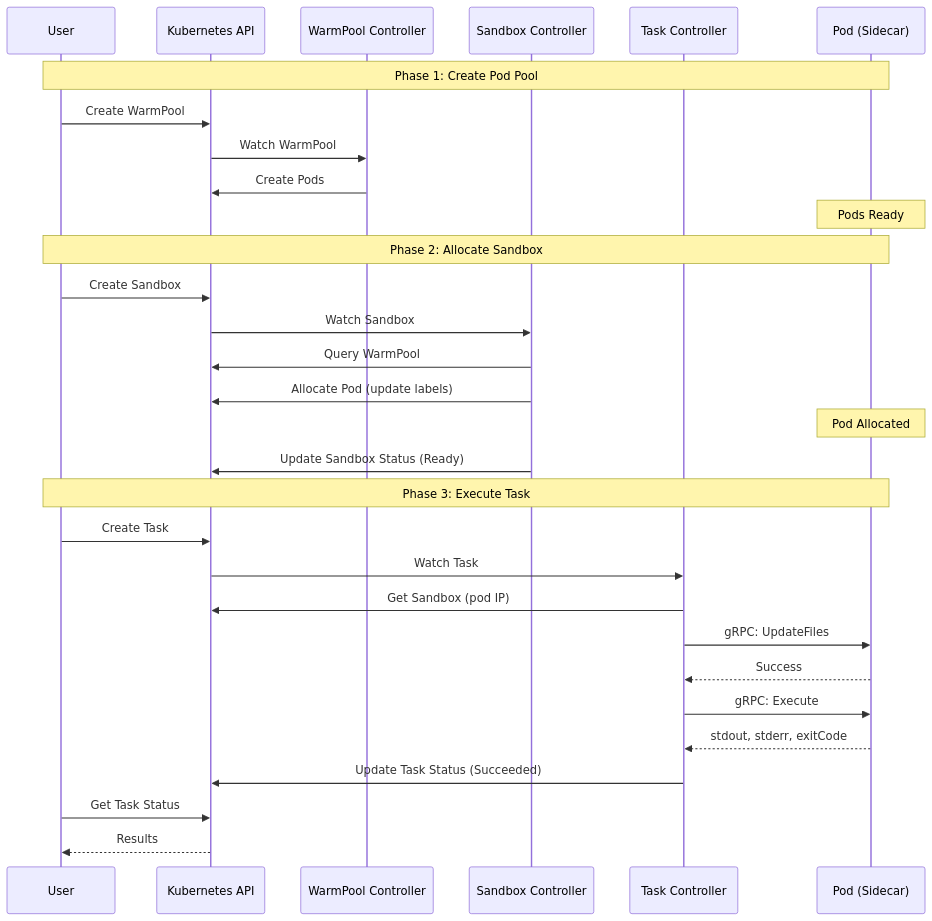
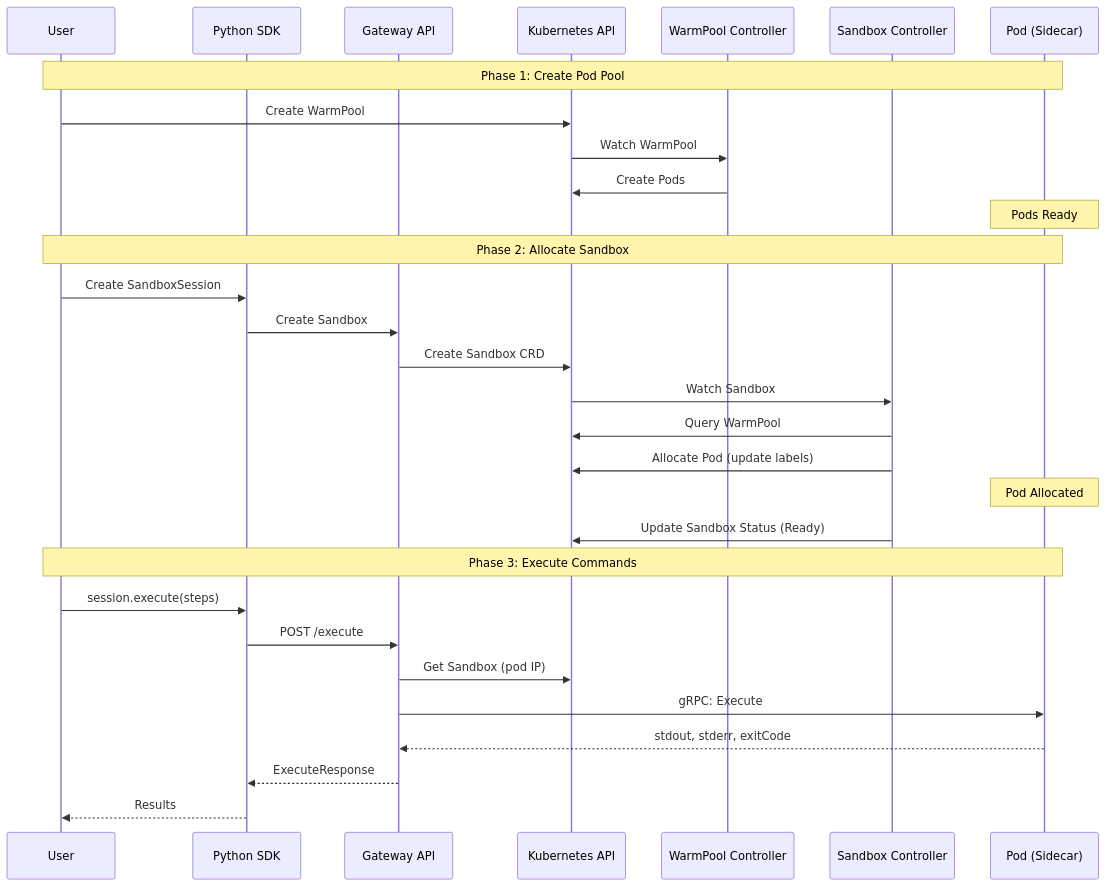
One commit to Lincyaw/agent-env changed the third of 4 diagrams in docs/developer-guide/architecture.md. Above: the diagram before and after it, drawn with Mermaid. The commit also changed other lines of this file and 258 other files, not shown here.

````diff
--- a/docs/developer-guide/architecture.md
+++ b/docs/developer-guide/architecture.md
@@ -181,35 +152,35 @@
 ```mermaid
 sequenceDiagram
     participant User
+    participant SDK as Python SDK
+    participant GW as Gateway API
     participant API as Kubernetes API
     participant WPC as WarmPool Controller
     participant SBC as Sandbox Controller
-    participant TC as Task Controller
     participant Pod as Pod (Sidecar)
 
     Note over User,Pod: Phase 1: Create Pod Pool
     User->>API: Create WarmPool
     API->>WPC: Watch WarmPool
     WPC->>API: Create Pods
     Note over Pod: Pods Ready
 
     Note over User,Pod: Phase 2: Allocate Sandbox
-    User->>API: Create Sandbox
+    User->>SDK: Create SandboxSession
+    SDK->>GW: Create Sandbox
+    GW->>API: Create Sandbox CRD
     API->>SBC: Watch Sandbox
     SBC->>API: Query WarmPool
     SBC->>API: Allocate Pod (update labels)
     Note over Pod: Pod Allocated
     SBC->>API: Update Sandbox Status (Ready)
 
-    Note over User,Pod: Phase 3: Execute Task
-    User->>API: Create Task
-    API->>TC: Watch Task
-    TC->>API: Get Sandbox (pod IP)
-    TC->>Pod: gRPC: UpdateFiles
-    Pod-->>TC: Success
-    TC->>Pod: gRPC: Execute
-    Pod-->>TC: stdout, stderr, exitCode
-    TC->>API: Update Task Status (Succeeded)
-    User->>API: Get Task Status
-    API-->>User: Results
+    Note over User,Pod: Phase 3: Execute Commands
+    User->>SDK: session.execute(steps)
+    SDK->>GW: POST /execute
+    GW->>API: Get Sandbox (pod IP)
+    GW->>Pod: gRPC: Execute
+    Pod-->>GW: stdout, stderr, exitCode
+    GW-->>SDK: ExecuteResponse
+    SDK-->>User: Results
 ```
````
